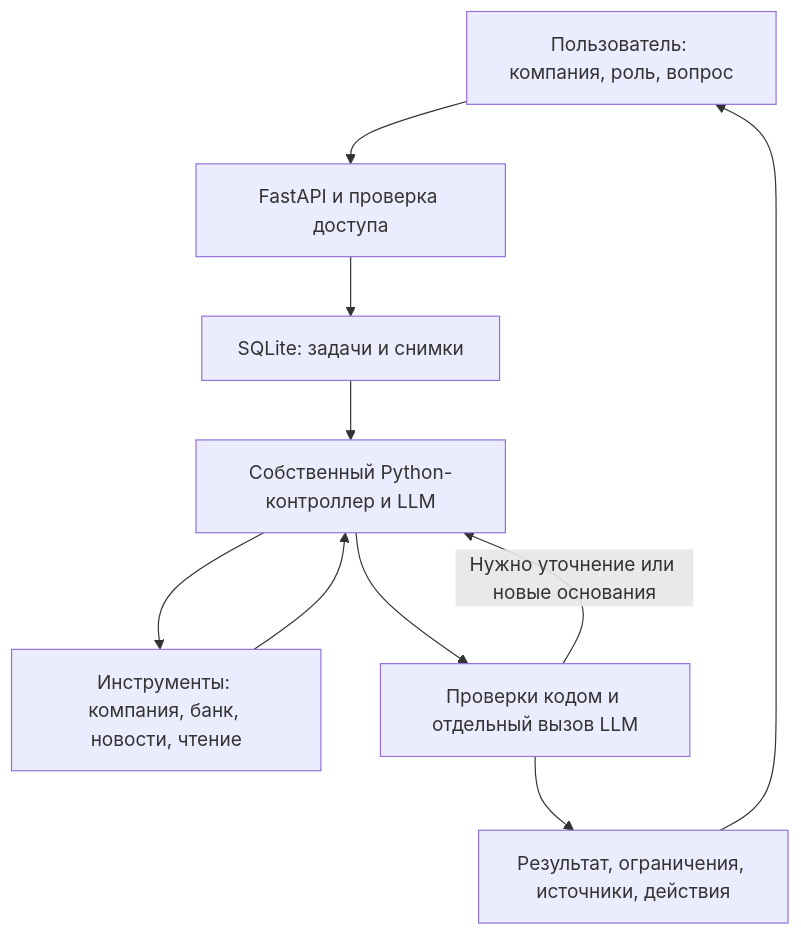
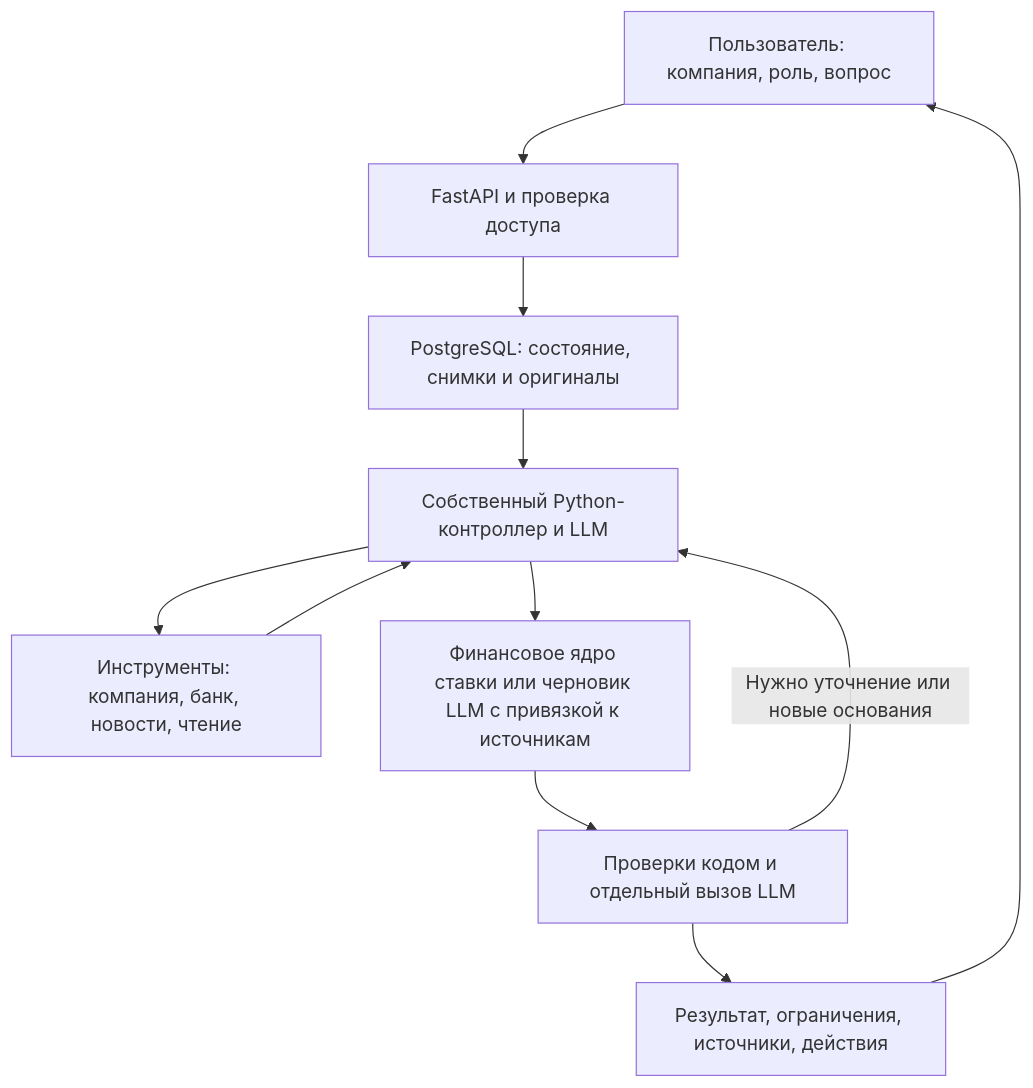
One commit to andreiczh/alfa-news-analytics changed the diagram in README.md. Above: the diagram before and after it, drawn with Mermaid. The commit also changed other lines of this file and 5 other files, not shown here.

````diff
--- a/README.md
+++ b/README.md
@@ -163,12 +164,13 @@
 ```mermaid
 flowchart TD
     UI[Пользователь: компания, роль, вопрос] --> API[FastAPI и проверка доступа]
-    API --> STATE[SQLite: задачи и снимки]
+    API --> STATE[PostgreSQL: состояние, снимки и оригиналы]
     STATE --> PLAN[Собственный Python-контроллер и LLM]
     PLAN --> TOOLS[Инструменты: компания, банк, новости, чтение]
     TOOLS --> PLAN
-    PLAN --> CHECK[Проверки кодом и отдельный вызов LLM]
+    PLAN --> BUILD[Финансовое ядро ставки или черновик LLM с привязкой к источникам]
+    BUILD --> CHECK[Проверки кодом и отдельный вызов LLM]
     CHECK -->|Нужно уточнение или новые основания| PLAN
     CHECK --> RESULT[Результат, ограничения, источники, действия]
     RESULT --> UI
 ```
````
